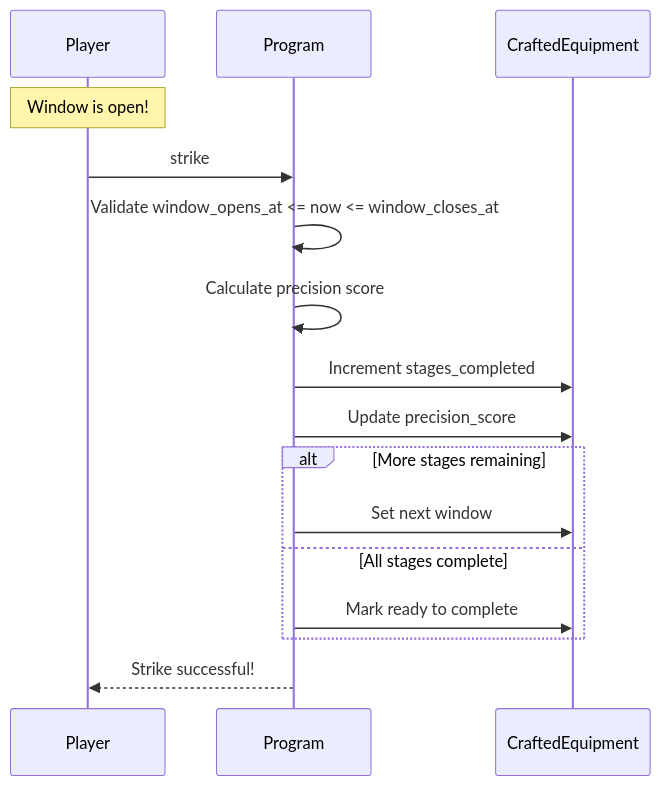
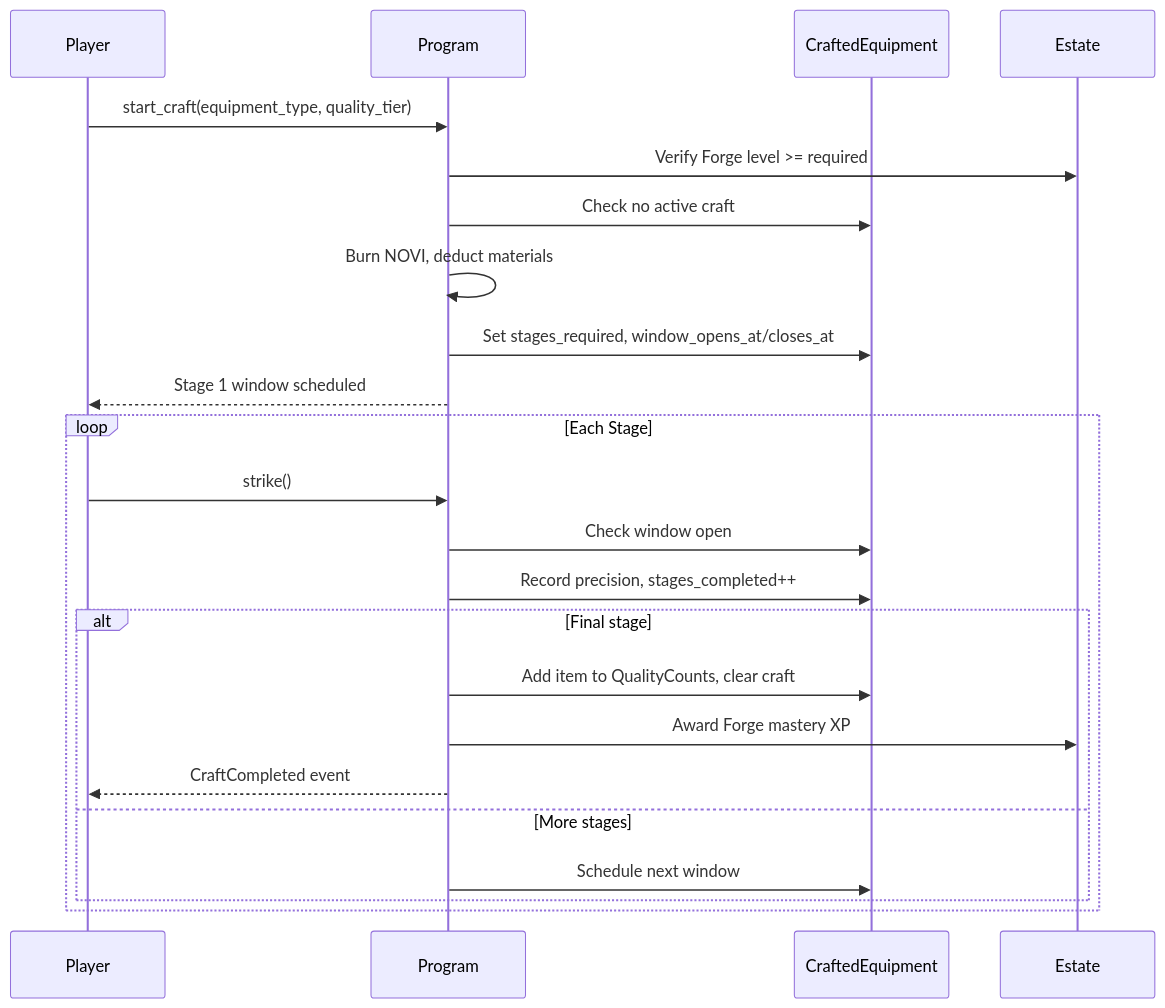
The fifth of 5 diagrams in docs/onchain/04-systems/forge.md (crypt0miester/novus-mundus), drawn with Mermaid before and after one commit. The commit also changed other lines of this file and 259 other files, not shown here.

Commit message:
Add player journey game plan: narrative arc, the Steward, estate redesign and Market unbundling

````diff
--- a/docs/onchain/04-systems/forge.md
+++ b/docs/onchain/04-systems/forge.md
@@ -158,19 +301,27 @@
 ```mermaid
 sequenceDiagram
     participant Player
     participant Program
     participant CraftedEquipment
+    participant Estate
 
-    Note over Player: Window is open!
-    Player->>Program: strike
-    Program->>Program: Validate window_opens_at <= now <= window_closes_at
-    Program->>Program: Calculate precision score
-    Program->>CraftedEquipment: Increment stages_completed
-    Program->>CraftedEquipment: Update precision_score
-    alt More stages remaining
-        Program->>CraftedEquipment: Set next window
-    else All stages complete
-        Program->>CraftedEquipment: Mark ready to complete
+    Player->>Program: start_craft(equipment_type, quality_tier)
+    Program->>Estate: Verify Forge level >= required
+    Program->>CraftedEquipment: Check no active craft
+    Program->>Program: Burn NOVI, deduct materials
+    Program->>CraftedEquipment: Set stages_required, window_opens_at/closes_at
+    Program-->>Player: Stage 1 window scheduled
+
+    loop Each Stage
+        Player->>Program: strike()
+        Program->>CraftedEquipment: Check window open
+        Program->>CraftedEquipment: Record precision, stages_completed++
+        alt Final stage
+            Program->>CraftedEquipment: Add item to QualityCounts, clear craft
+            Program->>Estate: Award Forge mastery XP
+            Program-->>Player: CraftCompleted event
+        else More stages
+            Program->>CraftedEquipment: Schedule next window
+        end
     end
-    Program-->>Player: Strike successful!
 ```
````
